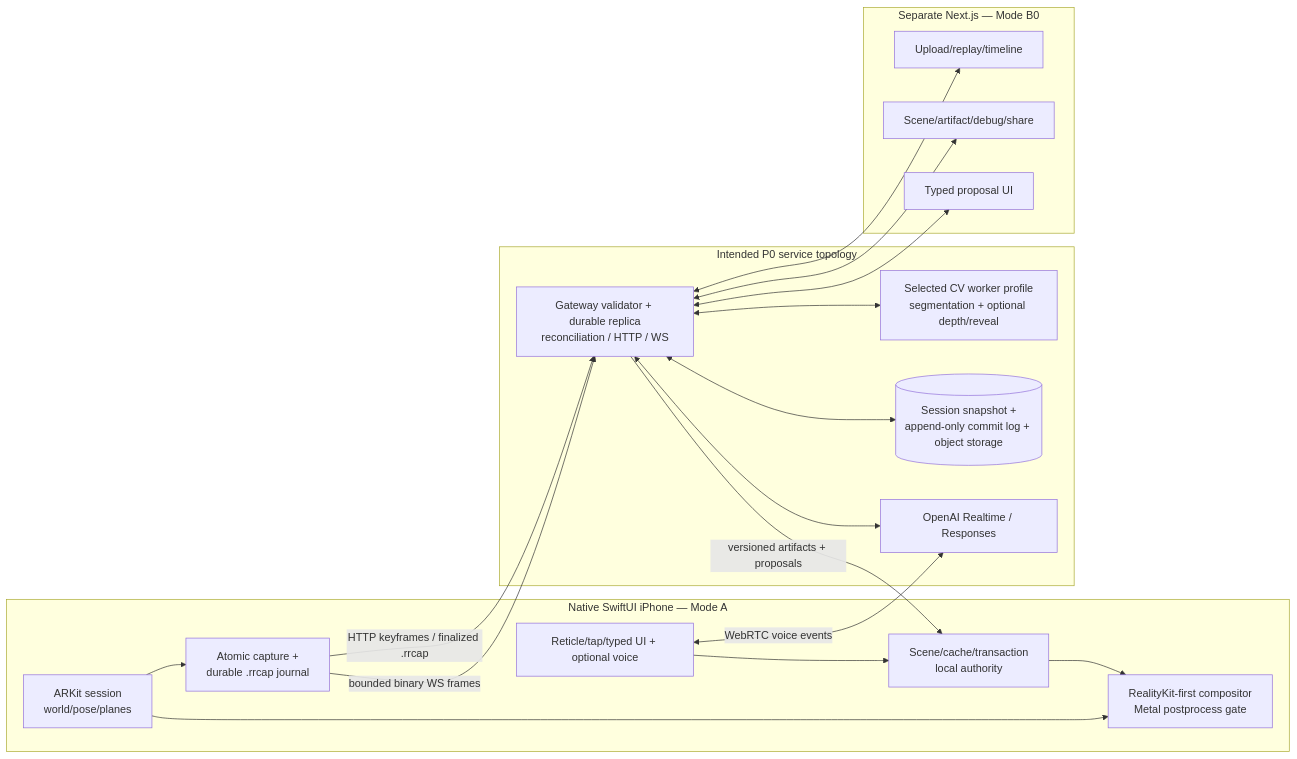
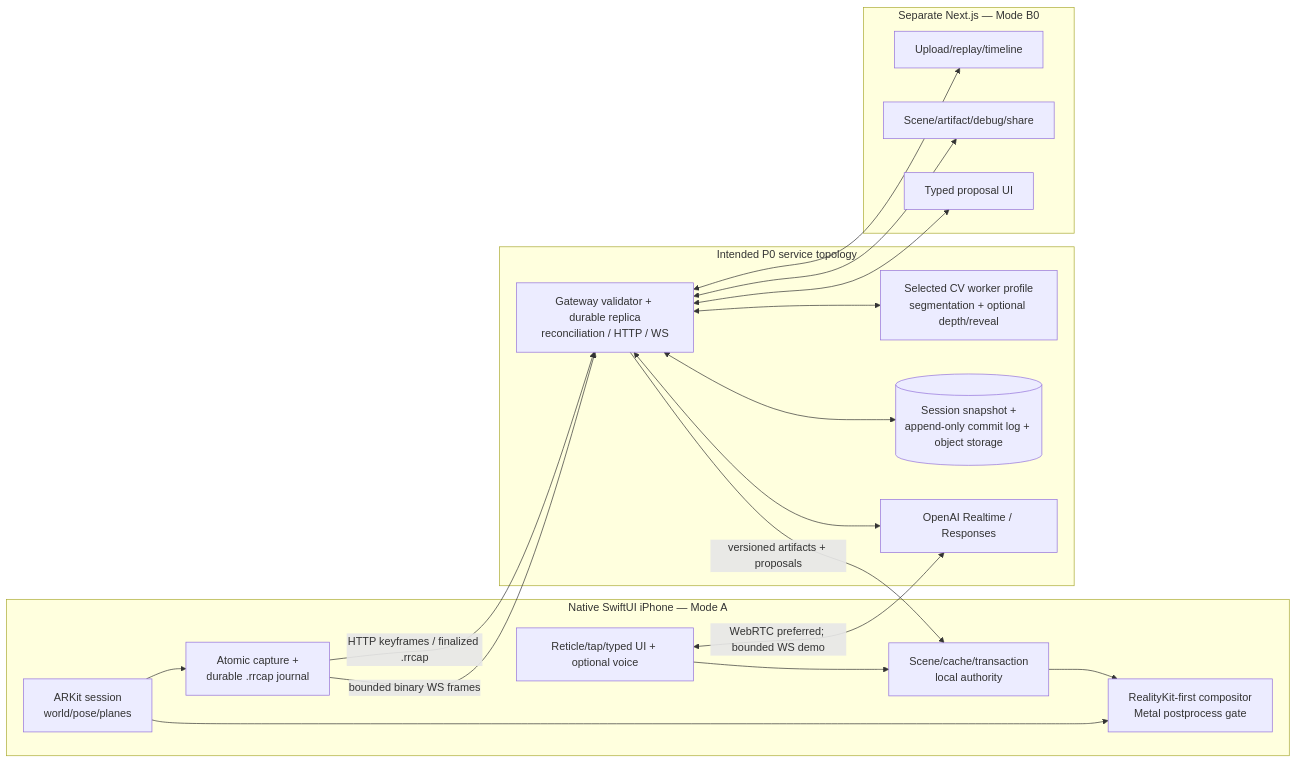
One commit to Julian-AT/openai-build-week changed the first of 3 diagrams in docs/canonical/MASTER_TECHNICAL_SPEC.md. Above: the diagram before and after it, drawn with Mermaid. The commit also changed other lines of this file and 15 other files, not shown here.

````diff
--- a/docs/canonical/MASTER_TECHNICAL_SPEC.md
+++ b/docs/canonical/MASTER_TECHNICAL_SPEC.md
@@ -27,35 +27,35 @@
 ```mermaid
 flowchart LR
   subgraph Phone[Native SwiftUI iPhone — Mode A]
     ARK[ARKit session\nworld/pose/planes]
     CAP[Atomic capture +\ndurable .rrcap journal]
     LOCAL[Scene/cache/transaction\nlocal authority]
     COMP[RealityKit-first compositor\nMetal postprocess gate]
     UI[Reticle/tap/typed UI + optional voice]
     ARK --> CAP
     ARK --> COMP
     LOCAL --> COMP
     UI --> LOCAL
   end
   subgraph Service[Intended P0 service topology]
     GW[Gateway validator + durable replica\nreconciliation / HTTP / WS]
     CV[Selected CV worker profile\nsegmentation + optional depth/reveal]
     STORE[(Session snapshot +\nappend-only commit log + object storage)]
     GPT[OpenAI Realtime / Responses]
     GW <--> CV
     GW <--> STORE
     GW <--> GPT
   end
   subgraph Web[Separate Next.js — Mode B0]
     REPLAY[Upload/replay/timeline]
     INSPECT[Scene/artifact/debug/share]
     TYPED[Typed proposal UI]
   end
   CAP -->|bounded binary WS frames| GW
   CAP -->|HTTP keyframes / finalized .rrcap| GW
   GW -->|versioned artifacts + proposals| LOCAL
-  UI <-->|WebRTC voice events| GPT
+  UI <-->|WebRTC preferred; bounded WS demo| GPT
   GW <--> REPLAY
   GW <--> INSPECT
   GW <--> TYPED
 ```
````
